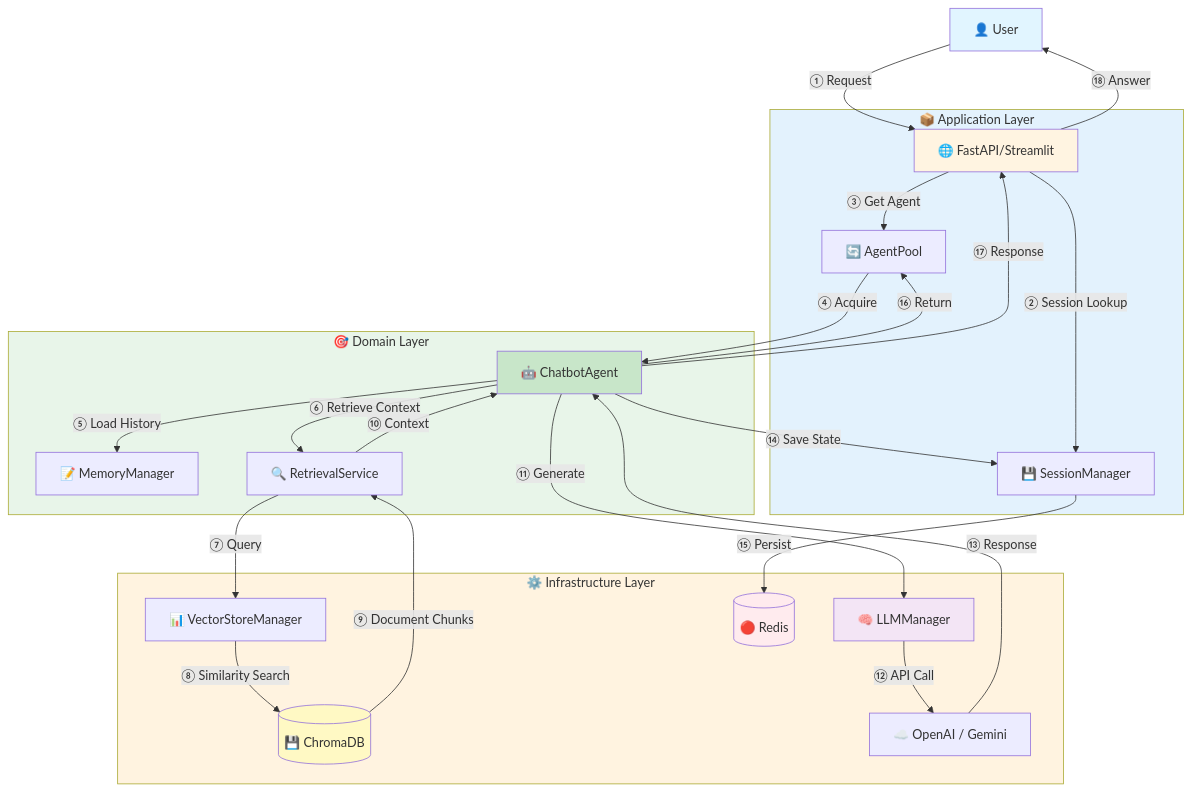
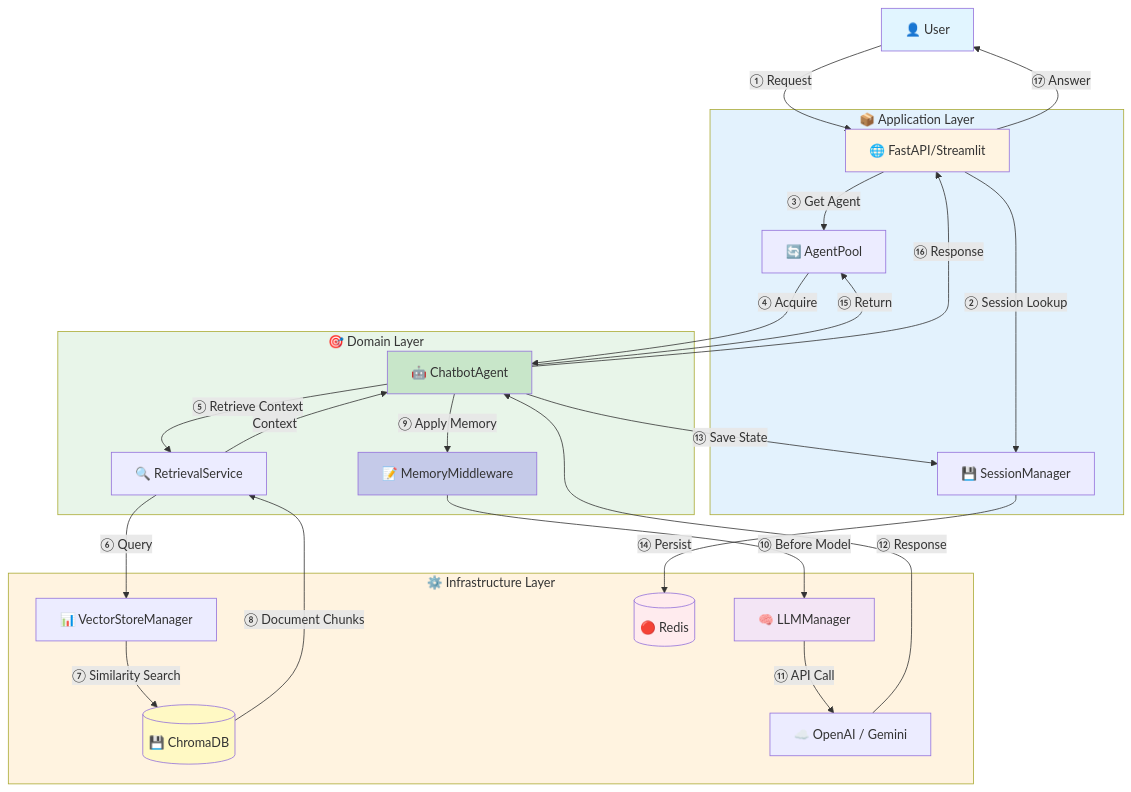
The diagram in rag_chatbot_blog.md (kanav-kalra/rag_chatbot), drawn with Mermaid before and after one commit. The commit also changed other lines of this file and 10 other files, not shown here.

````diff
--- a/rag_chatbot_blog.md
+++ b/rag_chatbot_blog.md
@@ -115,41 +115,42 @@
 ```mermaid
 graph TD
     User[👤 User] -->|"① Request"| API[🌐 FastAPI/Streamlit]
     
     subgraph Application["📦 Application Layer"]
         API -->|"② Session Lookup"| SM[💾 SessionManager]
         API -->|"③ Get Agent"| AP[🔄 AgentPool]
     end
     
     subgraph Domain["🎯 Domain Layer"]
         AP -->|"④ Acquire"| Agent[🤖 ChatbotAgent]
-        Agent -->|"⑤ Load History"| Mem[📝 MemoryManager]
-        Agent -->|"⑥ Retrieve Context"| Ret[🔍 RetrievalService]
+        Agent -->|"⑤ Retrieve Context"| Ret[🔍 RetrievalService]
+        Agent -->|"⑨ Apply Memory"| MMF[📝 MemoryMiddleware]
     end
     
     subgraph Infrastructure["⚙️ Infrastructure Layer"]
-        Ret -->|"⑦ Query"| VSM[📊 VectorStoreManager]
-        VSM -->|"⑧ Similarity Search"| Chroma[(💾 ChromaDB)]
-        Agent -->|"⑪ Generate"| LLM[🧠 LLMManager]
-        LLM -->|"⑫ API Call"| External[☁️ OpenAI / Gemini]
-        SM -->|"⑮ Persist"| Redis[(🔴 Redis)]
+        Ret -->|"⑥ Query"| VSM[📊 VectorStoreManager]
+        VSM -->|"⑦ Similarity Search"| Chroma[(💾 ChromaDB)]
+        MMF -->|"⑩ Before Model"| LLM[🧠 LLMManager]
+        LLM -->|"⑪ API Call"| External[☁️ OpenAI / Gemini]
+        SM -->|"⑭ Persist"| Redis[(🔴 Redis)]
     end
     
-    Chroma -->|"⑨ Document Chunks"| Ret
-    Ret -->|"⑩ Context"| Agent
-    External -->|"⑬ Response"| Agent
-    Agent -->|"⑭ Save State"| SM
-    Agent -->|"⑯ Return"| AP
-    Agent -->|"⑰ Response"| API
-    API -->|"⑱ Answer"| User
+    Chroma -->|"⑧ Document Chunks"| Ret
+    Ret -->|"Context"| Agent
+    External -->|"⑫ Response"| Agent
+    Agent -->|"⑬ Save State"| SM
+    Agent -->|"⑮ Return"| AP
+    Agent -->|"⑯ Response"| API
+    API -->|"⑰ Answer"| User
     
     style User fill:#e1f5ff
     style API fill:#fff4e1
     style Application fill:#e3f2fd
     style Domain fill:#e8f5e9
     style Infrastructure fill:#fff3e0
     style Agent fill:#c8e6c9
+    style MMF fill:#c5cae9
     style LLM fill:#f3e5f5
     style Chroma fill:#fff9c4
     style Redis fill:#ffebee
 ```
````
